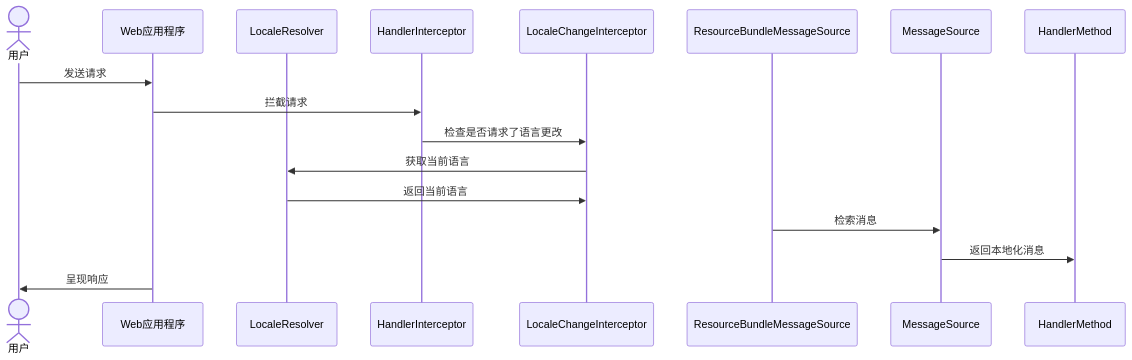
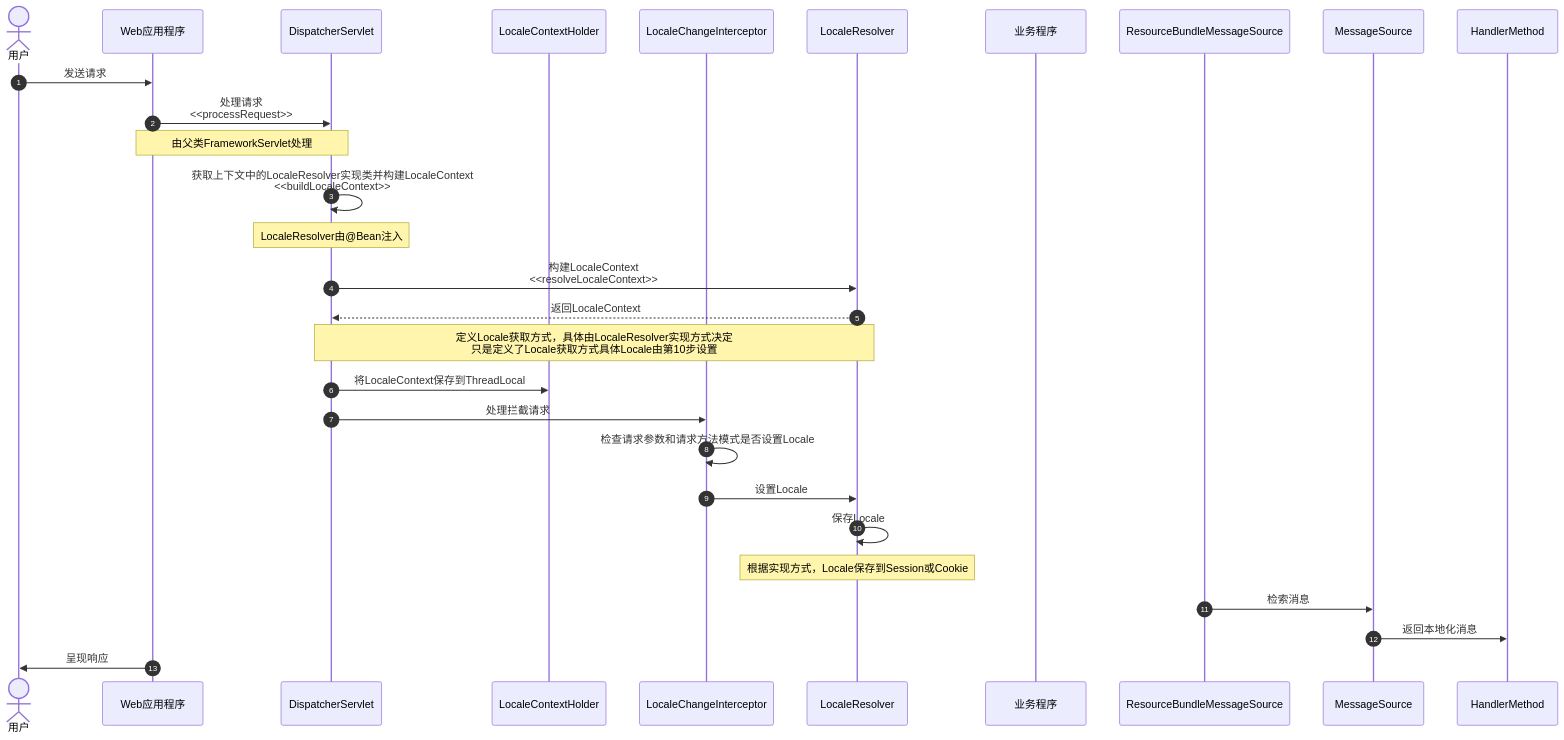
The diagram in docs/md/java/base/plugin/i18n.md (ying010/ying010.github.io), drawn with Mermaid before and after one commit. The commit also changed other lines of this file and 1 other file, not shown here.

Commit message:
增加时序图

````diff
--- a/docs/md/java/base/plugin/i18n.md
+++ b/docs/md/java/base/plugin/i18n.md
@@ -192,19 +192,31 @@
 ```mermaid
 sequenceDiagram
-Actor User as 用户
-Participant Application as Web应用程序
-Participant LocaleResolver
-Participant HandlerInterceptor
-Participant LocaleChangeInterceptor
-Participant ResourceBundleMessageSource
-Participant MessageSource
+	autonumber
+  Actor User as 用户
+  Participant Application as Web应用程序
+  Participant DispatcherServlet
+  Participant LocaleContextHolder
+  Participant LocaleChangeInterceptor
+  Participant LocaleResolver
+  Participant Service as 业务程序
+  Participant ResourceBundleMessageSource
+  Participant MessageSource
 
-User->>Application: 发送请求
-Application->>HandlerInterceptor: 拦截请求
-HandlerInterceptor->>LocaleChangeInterceptor: 检查是否请求了语言更改
-LocaleChangeInterceptor->>LocaleResolver: 获取当前语言
-LocaleResolver->>LocaleChangeInterceptor: 返回当前语言
-ResourceBundleMessageSource->>MessageSource: 检索消息
-MessageSource->>HandlerMethod: 返回本地化消息
-Application->>User: 呈现响应
+  User->>Application: 发送请求
+  Application ->> DispatcherServlet: 处理请求 <br/> <<processRequest>>
+  note over Application,DispatcherServlet: 由父类FrameworkServlet处理
+  DispatcherServlet ->> DispatcherServlet: 获取上下文中的LocaleResolver实现类并构建LocaleContext <br/> <<buildLocaleContext>>
+  note over DispatcherServlet: LocaleResolver由@Bean注入
+  DispatcherServlet ->> LocaleResolver: 构建LocaleContext <br/> <<resolveLocaleContext>>
+  LocaleResolver -->> DispatcherServlet: 返回LocaleContext
+  note over LocaleResolver,DispatcherServlet: 定义Locale获取方式，具体由LocaleResolver实现方式决定<br/>只是定义了Locale获取方式具体Locale由第10步设置
+  DispatcherServlet ->> LocaleContextHolder: 将LocaleContext保存到ThreadLocal
+  DispatcherServlet ->> LocaleChangeInterceptor: 处理拦截请求
+  LocaleChangeInterceptor->>LocaleChangeInterceptor: 检查请求参数和请求方法模式是否设置Locale
+  LocaleChangeInterceptor->>LocaleResolver: 设置Locale
+  LocaleResolver->>LocaleResolver: 保存Locale
+  note over LocaleResolver: 根据实现方式，Locale保存到Session或Cookie
+  ResourceBundleMessageSource->>MessageSource: 检索消息
+  MessageSource->>HandlerMethod: 返回本地化消息
+  Application->>User: 呈现响应
 ```
````
